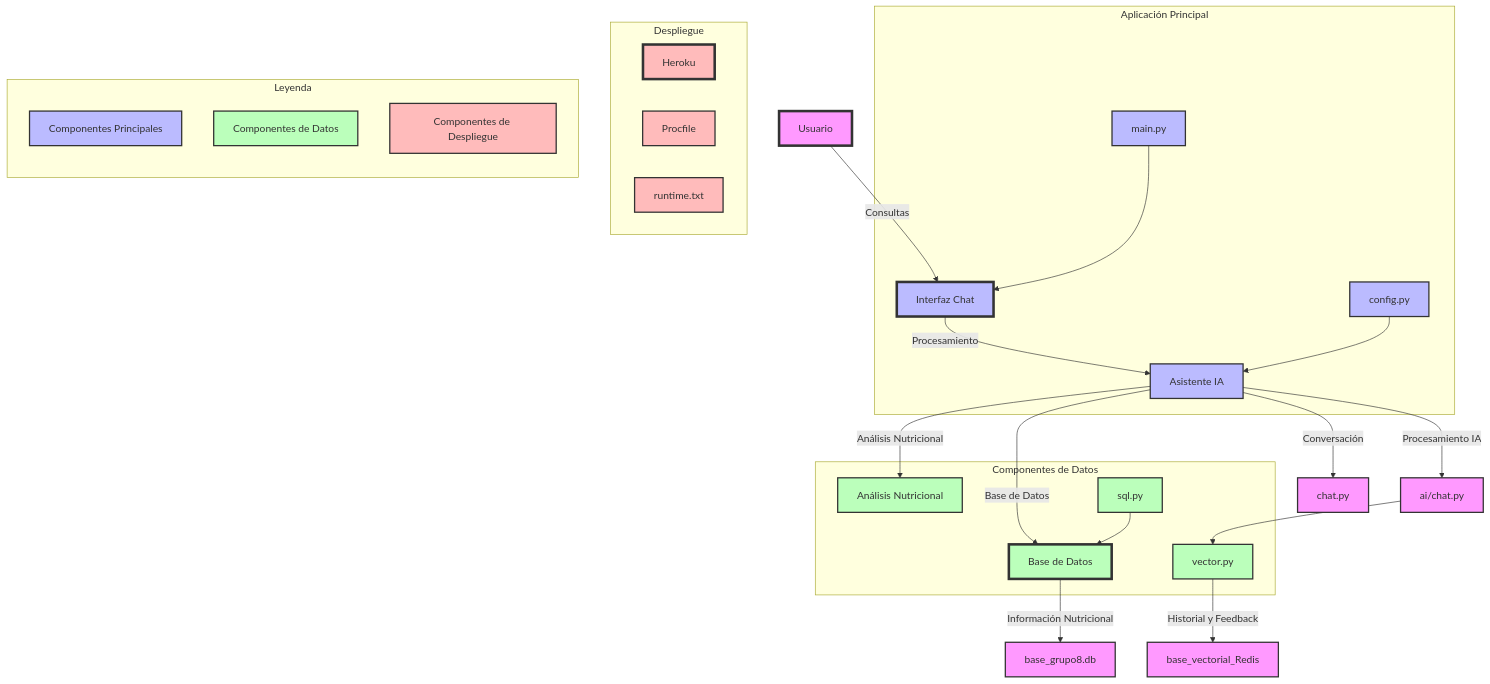
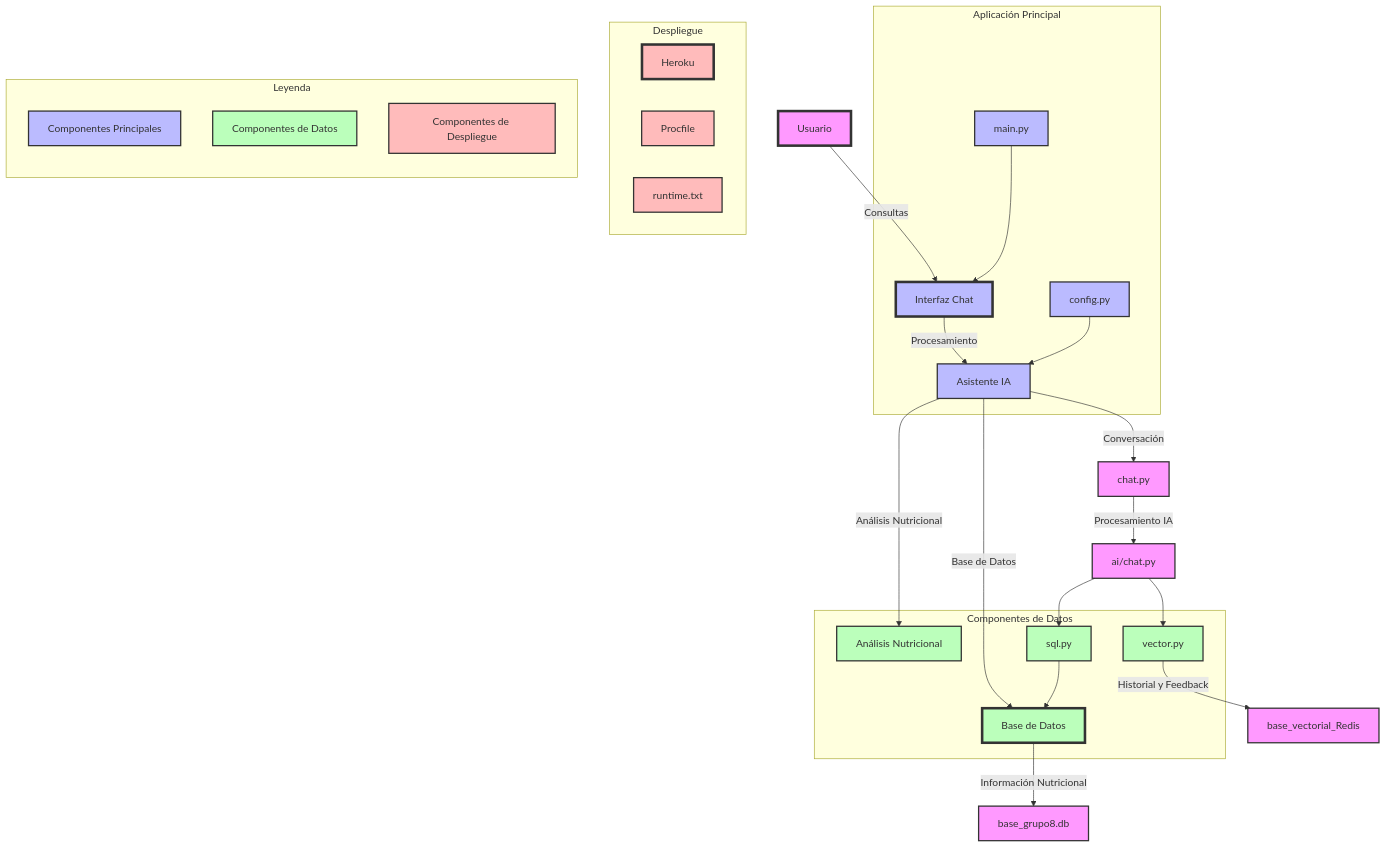
The diagram in architecture.md (leorojascas/Grupo8), drawn with Mermaid before and after one commit.

````diff
--- a/architecture.md
+++ b/architecture.md
@@ -1,72 +1,73 @@
 ```mermaid
 graph TD
     %% Nodes
     User[Usuario] -->|Consultas| ChatInterface[Interfaz Chat]
     ChatInterface -->|Procesamiento| AIAssistant[Asistente IA]
     AIAssistant -->|Base de Datos| Database[Base de Datos]
     AIAssistant -->|Análisis Nutricional| NutrientAnalysis[Análisis Nutricional]
 
     %% Subgraphs
     subgraph Aplicación Principal
         ChatInterface
         AIAssistant
         EntryPoint[main.py]
         AppConfig[config.py]
     end
 
     subgraph Componentes de Datos
         Database
         NutrientAnalysis
         SQLModule[sql.py]
         VectorProcessor[vector.py]
     end
 
     %% Database Details
     Database -->|Información Nutricional| Config[base_grupo8.db]
     SQLModule --> Database
     VectorProcessor --> |Historial y Feedback| Confíg[base_vectorial_Redis]
     AILogic --> VectorProcessor
+    AILogic --> SQLModule
 
     %% AI Components
     AIAssistant -->|Conversación| ChatLogic[chat.py]
-    AIAssistant -->|Procesamiento IA| AILogic[ai/chat.py]
+    ChatLogic -->|Procesamiento IA| AILogic[ai/chat.py]
 
     %% Entry point y configuración
     EntryPoint --> ChatInterface
     AppConfig --> AIAssistant
 
     %% Deployment
     subgraph Despliegue
         Heroku[Heroku]
         Procfile[Procfile]
         Runtime[runtime.txt]
     end
 
     %% Styling
     classDef default fill:#f9f,stroke:#333,stroke-width:2px
     classDef primary fill:#bbf,stroke:#333,stroke-width:2px
     classDef data fill:#bfb,stroke:#333,stroke-width:2px
     classDef deployment fill:#fbb,stroke:#333,stroke-width:2px
 
     class User,ChatInterface,AIAssistant,EntryPoint,AppConfig primary
     class Database,NutrientAnalysis,SQLModule,VectorProcessor data
     class Heroku,Procfile,Runtime deployment
 
     %% Legend
     subgraph Leyenda
         direction TB
         Primary[Componentes Principales]
         Data[Componentes de Datos]
         Deployment[Componentes de Despliegue]
     end
 
     class Primary primary
     class Data data
     class Deployment deployment
 
     %% Connections
     style User fill:#f9f,stroke:#333,stroke-width:4px
     style ChatInterface fill:#bbf,stroke:#333,stroke-width:4px
     style Database fill:#bfb,stroke:#333,stroke-width:4px
     style Heroku fill:#fbb,stroke:#333,stroke-width:4px
 ```
````
